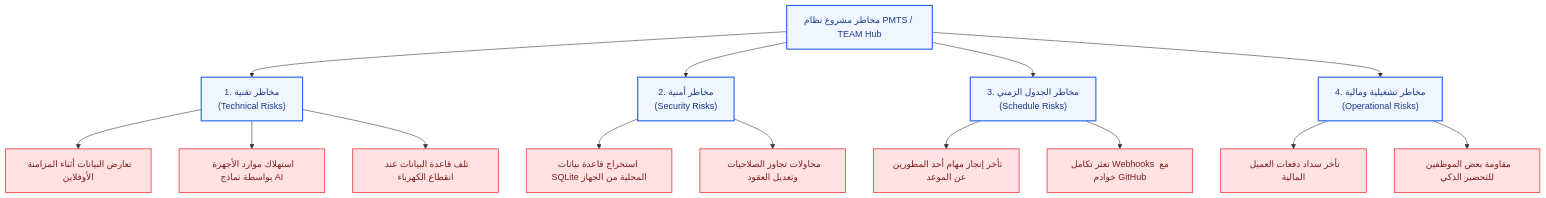
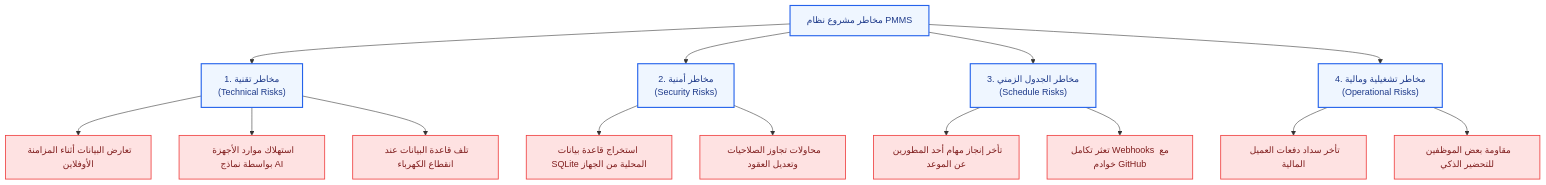
Before and after one commit to Essami779/PMMS: the fourth of 13 diagrams in 02_Project_Book_Chapters/مشروع_التخرج_المدمج_الوحدات_1_2_3.md, drawn with Mermaid. The commit also changed other lines of this file and 34 other files, not shown here.

````diff
--- a/02_Project_Book_Chapters/مشروع_التخرج_المدمج_الوحدات_1_2_3.md
+++ b/02_Project_Book_Chapters/مشروع_التخرج_المدمج_الوحدات_1_2_3.md
@@ -713,30 +713,30 @@
 ```mermaid
 graph TD
     classDef risk fill:#fee2e2,stroke:#ef4444,stroke-width:1.5px,color:#7f1d1d;
     classDef cat fill:#eff6ff,stroke:#2563eb,stroke-width:2px,color:#1e3a8a;
 
-    Root["مخاطر مشروع نظام PMTS / TEAM Hub"]:::cat
+    Root["مخاطر مشروع نظام PMMS"]:::cat
 
     Cat1["1. مخاطر تقنية <br> (Technical Risks)"]:::cat
     Cat2["2. مخاطر أمنية <br> (Security Risks)"]:::cat
     Cat3["3. مخاطر الجدول الزمني <br> (Schedule Risks)"]:::cat
     Cat4["4. مخاطر تشغيلية ومالية <br> (Operational Risks)"]:::cat
 
     Root --> Cat1
     Root --> Cat2
     Root --> Cat3
     Root --> Cat4
 
     Cat1 --> R11["تعارض البيانات أثناء المزامنة الأوفلاين"]:::risk
     Cat1 --> R12["استهلاك موارد الأجهزة بواسطة نماذج AI"]:::risk
     Cat1 --> R13["تلف قاعدة البيانات عند انقطاع الكهرباء"]:::risk
 
     Cat2 --> R21["استخراج قاعدة بيانات SQLite المحلية من الجهاز"]:::risk
     Cat2 --> R22["محاولات تجاوز الصلاحيات وتعديل العقود"]:::risk
 
     Cat3 --> R31["تأخر إنجاز مهام أحد المطورين عن الموعد"]:::risk
     Cat3 --> R32["تعثر تكامل Webhooks مع خوادم GitHub"]:::risk
 
     Cat4 --> R41["تأخر سداد دفعات العميل المالية"]:::risk
     Cat4 --> R42["مقاومة بعض الموظفين للتحضير الذكي"]:::risk
 ```
````
